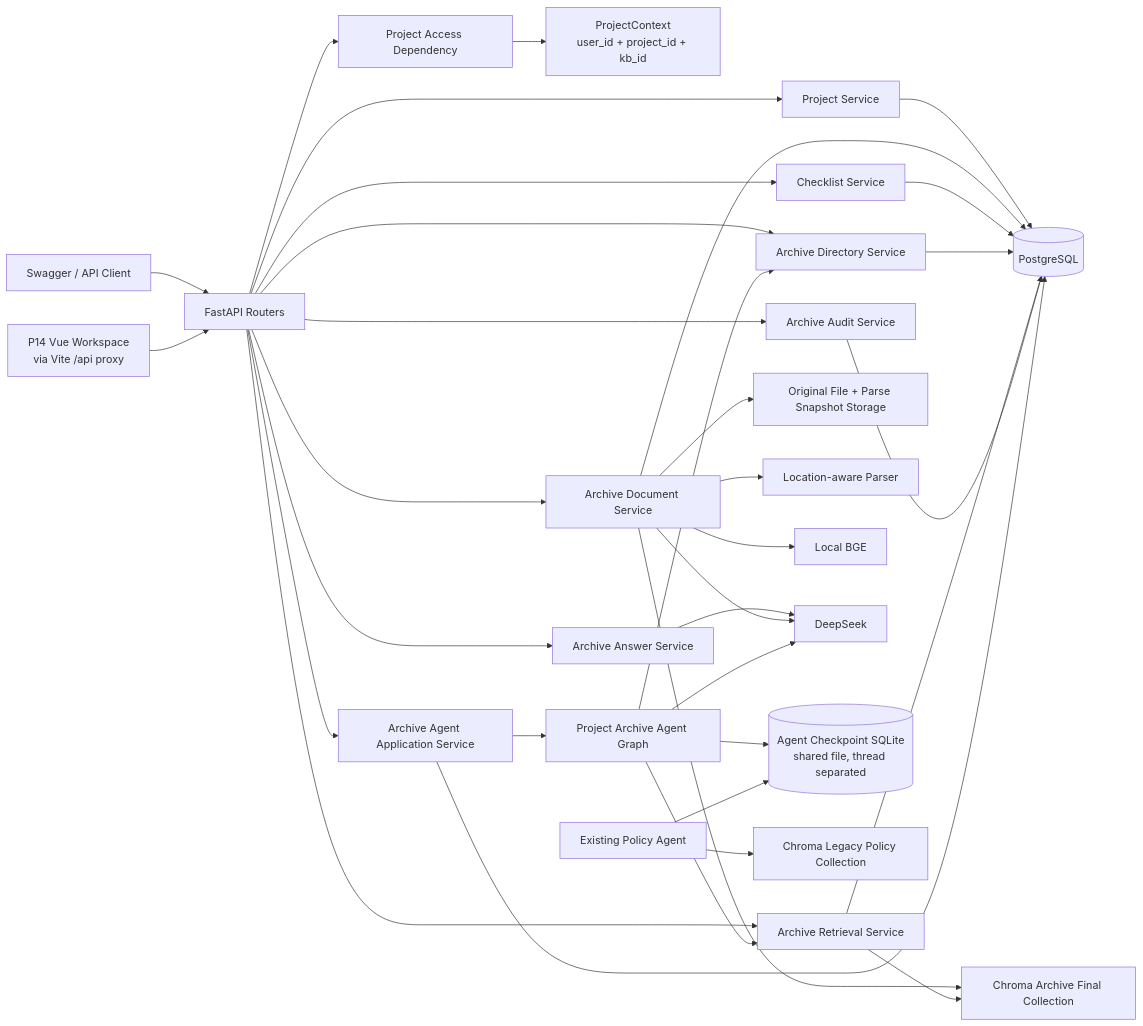
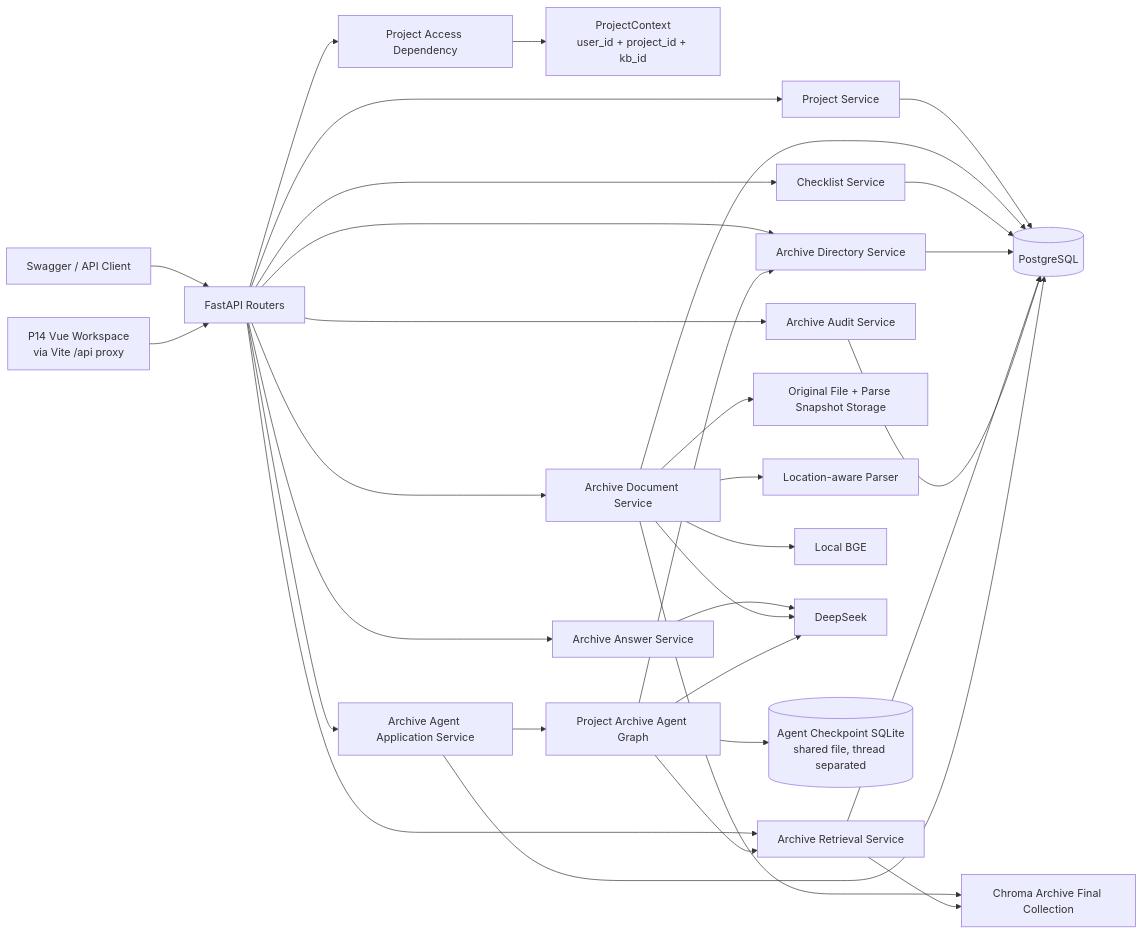
One commit to yabuki-jou/mini-rag changed the first of 6 diagrams in docs/design/技术架构.md. Above: the diagram before and after it, drawn with Mermaid. The commit also changed other lines of this file and 24 other files, not shown here.

````diff
--- a/docs/design/技术架构.md
+++ b/docs/design/技术架构.md
@@ -179,41 +179,39 @@
 ```mermaid
 flowchart LR
     Swagger["Swagger / API Client"] --> Router["FastAPI Routers"]
     Vue["P14 Vue Workspace<br/>via Vite /api proxy"] --> Router
     Router --> Access["Project Access Dependency"]
     Access --> Context["ProjectContext<br/>user_id + project_id + kb_id"]
 
     Router --> ProjectSvc["Project Service"]
     Router --> ArchiveSvc["Archive Document Service"]
     Router --> ChecklistSvc["Checklist Service"]
     Router --> DirectorySvc["Archive Directory Service"]
     Router --> RetrieveSvc["Archive Retrieval Service"]
     Router --> AnswerSvc["Archive Answer Service"]
     Router --> AuditSvc["Archive Audit Service"]
     Router --> ArchiveAgentSvc["Archive Agent Application Service"]
 
     ProjectSvc --> PG[("PostgreSQL")]
     ArchiveSvc --> PG
     ChecklistSvc --> PG
     DirectorySvc --> PG
     RetrieveSvc --> PG
     AuditSvc --> PG
 
     ArchiveSvc --> Files["Original File + Parse Snapshot Storage"]
     ArchiveSvc --> Parser["Location-aware Parser"]
     ArchiveSvc --> Embed["Local BGE"]
     ArchiveSvc --> Vector["Chroma Archive Final Collection"]
     RetrieveSvc --> Vector
     AnswerSvc --> DeepSeek["DeepSeek"]
     ArchiveSvc --> DeepSeek
 
     ArchiveAgentSvc --> PG
     ArchiveAgentSvc --> ArchiveGraph["Project Archive Agent Graph"]
     ArchiveGraph --> SharedCheckpoint[("Agent Checkpoint SQLite\nshared file, thread separated")]
     ArchiveGraph --> DirectorySvc
     ArchiveGraph --> RetrieveSvc
     ArchiveGraph --> DeepSeek
 
-    LegacyAgent["Existing Policy Agent"] --> SharedCheckpoint
-    LegacyAgent --> LegacyVector["Chroma Legacy Policy Collection"]
 ```
````
